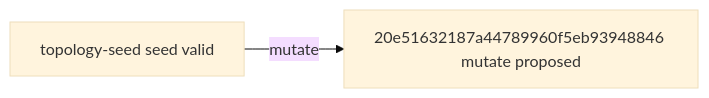
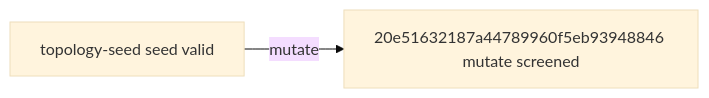
Before and after one commit to timbtz/feyer-search-lab: the diagram in experiments/campaigns/topology-smac-v1/README.md, drawn with Mermaid (base theme). The commit also changed other lines of this file and 7 other files, not shown here.

````diff
--- a/experiments/campaigns/topology-smac-v1/README.md
+++ b/experiments/campaigns/topology-smac-v1/README.md
@@ -21,6 +21,6 @@
 ```mermaid
 graph LR
   n0["topology-seed seed valid"]
-  n1["20e51632187a44789960f5eb93948846 mutate proposed"]
+  n1["20e51632187a44789960f5eb93948846 mutate screened"]
   n0 -->|mutate| n1
 ```
````
